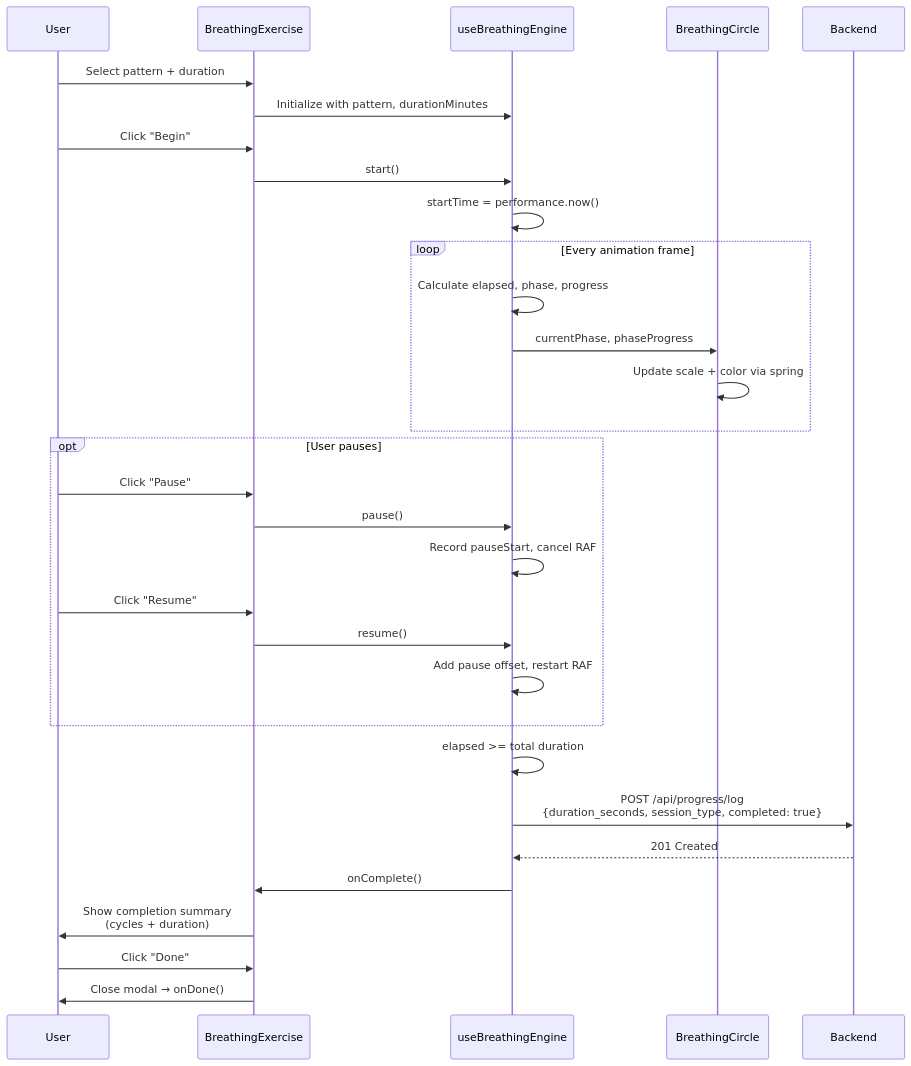
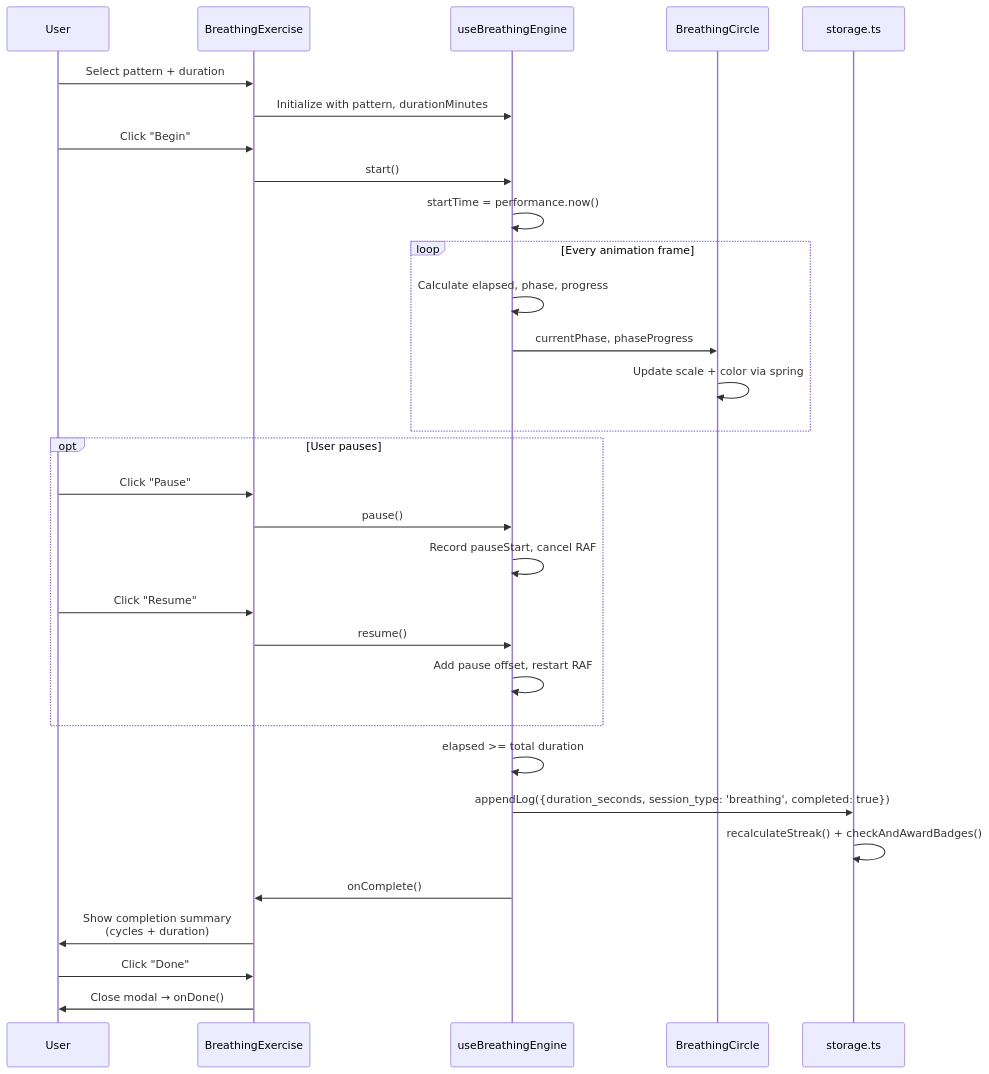
One commit to 5x5x5x5/stillwater changed the fifth of 5 diagrams in docs/architecture/06-breathing-system.md. Above: the diagram before and after it, drawn with Mermaid. The commit also changed other lines of this file and 65 other files, not shown here.

First line of the commit message:
Eliminate backend: replace FastAPI/SQLite with localStorage-only React app

````diff
--- a/docs/architecture/06-breathing-system.md
+++ b/docs/architecture/06-breathing-system.md
@@ -149,38 +149,38 @@
 ```mermaid
 sequenceDiagram
     participant U as User
     participant BE as BreathingExercise
     participant ENG as useBreathingEngine
     participant BC as BreathingCircle
-    participant API as Backend
+    participant ST as storage.ts
 
     U->>BE: Select pattern + duration
     BE->>ENG: Initialize with pattern, durationMinutes
 
     U->>BE: Click "Begin"
     BE->>ENG: start()
     ENG->>ENG: startTime = performance.now()
 
     loop Every animation frame
         ENG->>ENG: Calculate elapsed, phase, progress
         ENG->>BC: currentPhase, phaseProgress
         BC->>BC: Update scale + color via spring
     end
 
     opt User pauses
         U->>BE: Click "Pause"
         BE->>ENG: pause()
         ENG->>ENG: Record pauseStart, cancel RAF
         U->>BE: Click "Resume"
         BE->>ENG: resume()
         ENG->>ENG: Add pause offset, restart RAF
     end
 
     ENG->>ENG: elapsed >= total duration
-    ENG->>API: POST /api/progress/log<br/>{duration_seconds, session_type, completed: true}
-    API-->>ENG: 201 Created
+    ENG->>ST: appendLog({duration_seconds, session_type: 'breathing', completed: true})
+    ST->>ST: recalculateStreak() + checkAndAwardBadges()
     ENG->>BE: onComplete()
     BE->>U: Show completion summary<br/>(cycles + duration)
     U->>BE: Click "Done"
     BE->>U: Close modal → onDone()
 ```
````
